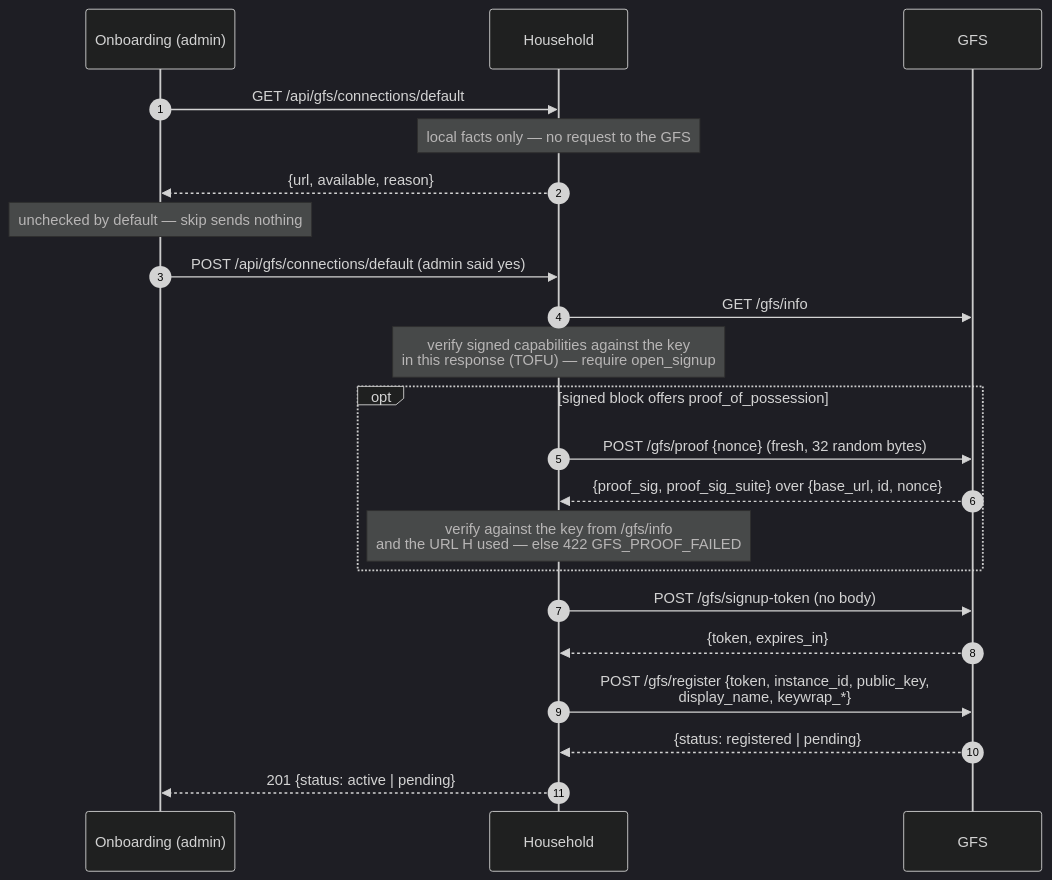
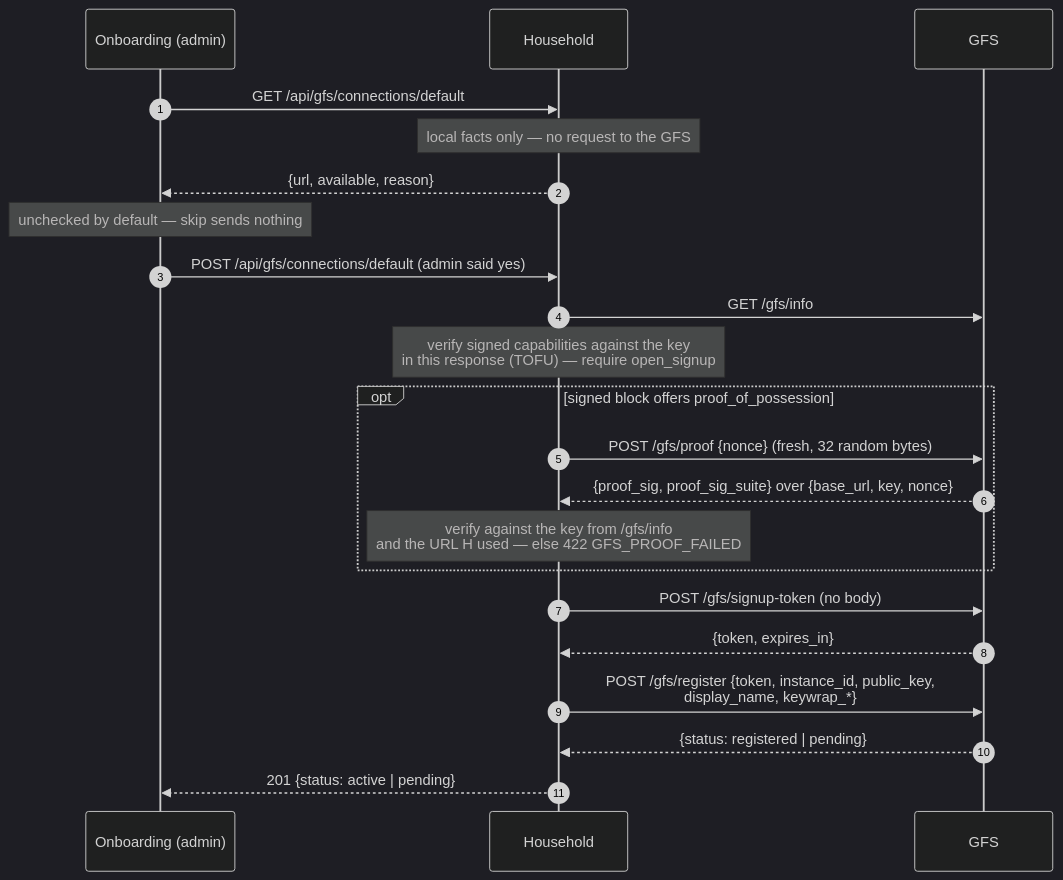
One commit to social-home-io/socialhome changed the second of 9 diagrams in docs/protocol/discovery.md. Above: the diagram before and after it, drawn with Mermaid (dark theme). The commit also changed other lines of this file and 22 other files, not shown here.

First line of the commit message:
Proof of possession binds the GFS key, ratchets once proven, and lets a follow seat move

````diff
--- a/docs/protocol/discovery.md
+++ b/docs/protocol/discovery.md
@@ -484,24 +484,24 @@
 ```mermaid
 sequenceDiagram
     autonumber
     participant SPA as Onboarding (admin)
     participant H as Household
     participant G as GFS
     SPA->>H: GET /api/gfs/connections/default
     Note over H: local facts only — no request to the GFS
     H-->>SPA: {url, available, reason}
     Note over SPA: unchecked by default — skip sends nothing
     SPA->>H: POST /api/gfs/connections/default (admin said yes)
     H->>G: GET /gfs/info
     Note over H: verify signed capabilities against the key<br/>in this response (TOFU) — require open_signup
     opt signed block offers proof_of_possession
         H->>G: POST /gfs/proof {nonce} (fresh, 32 random bytes)
-        G-->>H: {proof_sig, proof_sig_suite} over {base_url, id, nonce}
+        G-->>H: {proof_sig, proof_sig_suite} over {base_url, key, nonce}
         Note over H: verify against the key from /gfs/info<br/>and the URL H used — else 422 GFS_PROOF_FAILED
     end
     H->>G: POST /gfs/signup-token (no body)
     G-->>H: {token, expires_in}
     H->>G: POST /gfs/register {token, instance_id, public_key,<br/>display_name, keywrap_*}
     G-->>H: {status: registered | pending}
     H-->>SPA: 201 {status: active | pending}
 ```
````
